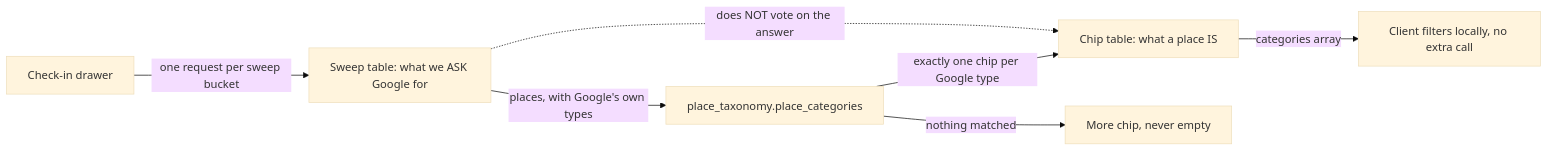
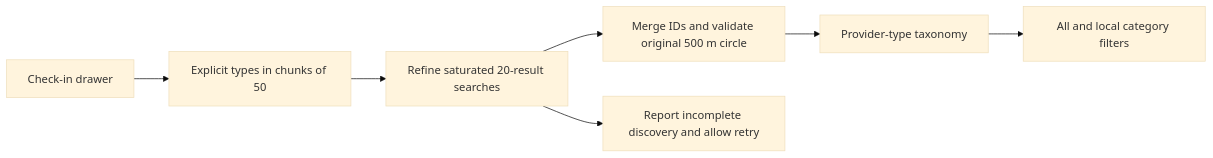
Before and after one commit to hushh-labs/hushh-research: the diagram in docs/reference/architecture/one-location-place-taxonomy.md, drawn with Mermaid (base theme). The commit also changed other lines of this file and 19 other files, not shown here.

Commit message:
fix(location): improve 500m check-in coverage and strict categories

````diff
--- a/docs/reference/architecture/one-location-place-taxonomy.md
+++ b/docs/reference/architecture/one-location-place-taxonomy.md
@@ -12,9 +12,9 @@
 ```mermaid
 flowchart LR
-  Drawer[Check-in drawer] -->|one request per sweep bucket| Sweep[Sweep table: what we ASK Google for]
-  Sweep -->|places, with Google's own types| Classify[place_taxonomy.place_categories]
-  Classify -->|exactly one chip per Google type| Chips[Chip table: what a place IS]
-  Chips -->|categories array| Client[Client filters locally, no extra call]
-  Classify -->|nothing matched| More[More chip, never empty]
-  Sweep -.->|does NOT vote on the answer| Chips
+  Drawer[Check-in drawer] --> Sweep[Explicit types in chunks of 50]
+  Sweep --> Refine[Refine saturated 20-result searches]
+  Refine --> Normalize[Merge IDs and validate original 500 m circle]
+  Normalize --> Classify[Provider-type taxonomy]
+  Classify --> Client[All and local category filters]
+  Refine --> Partial[Report incomplete discovery and allow retry]
 ```
````
